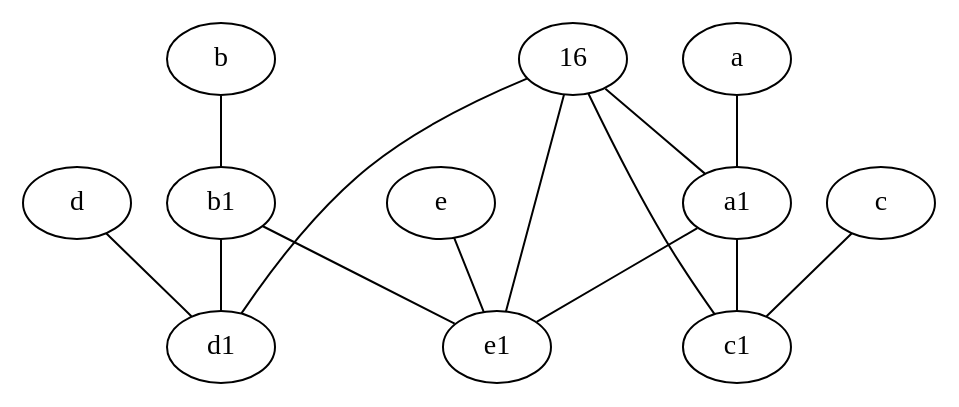
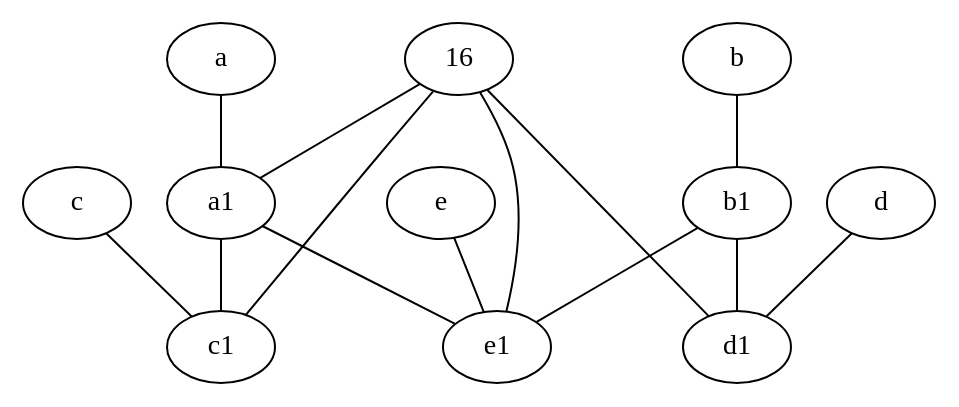
The diagram in results_distance/bandcon/orig.dot (anisabnis/graph_inference), drawn with Graphviz before and after one commit. The commit also changed other lines of this file and 5598 other files, not shown here.

```diff
--- a/results_distance/bandcon/orig.dot
+++ b/results_distance/bandcon/orig.dot
@@ -1,27 +1,27 @@
 graph {
 	node [labelfontsize=50]
+	a1 [labelfontsize=50 pos="8,3!"]
+	a [labelfontsize=50 pos="8,2!"]
+	b [labelfontsize=50 pos="10,4!"]
+	c1 [labelfontsize=50 pos="4.5,3!"]
+	e1 [labelfontsize=50 pos="7,7!"]
+	d1 [labelfontsize=50 pos="3,5!"]
+	c [labelfontsize=50 pos="4.5,2!"]
+	b1 [labelfontsize=50 pos="9,4!"]
 	d [labelfontsize=50 pos="2,5!"]
-	d1 [labelfontsize=50 pos="3,5!"]
-	c1 [labelfontsize=50 pos="4.5,3!"]
-	a [labelfontsize=50 pos="8,2!"]
-	b1 [labelfontsize=50 pos="9,4!"]
 	e [labelfontsize=50 pos="7,9!"]
 	16 [labelfontsize=50]
-	e1 [labelfontsize=50 pos="7,7!"]
-	b [labelfontsize=50 pos="10,4!"]
-	c [labelfontsize=50 pos="4.5,2!"]
-	a1 [labelfontsize=50 pos="8,3!"]
+	a1 -- e1
+	b -- b1
+	16 -- c1
 	a1 -- c1
+	16 -- e1
+	d -- d1
+	16 -- d1
+	e -- e1
+	c -- c1
 	a -- a1
-	b1 -- e1
-	c -- c1
-	d -- d1
-	16 -- e1
-	16 -- c1
-	16 -- d1
-	a1 -- e1
 	b1 -- d1
 	16 -- a1
-	e -- e1
-	b -- b1
+	b1 -- e1
 }
```
